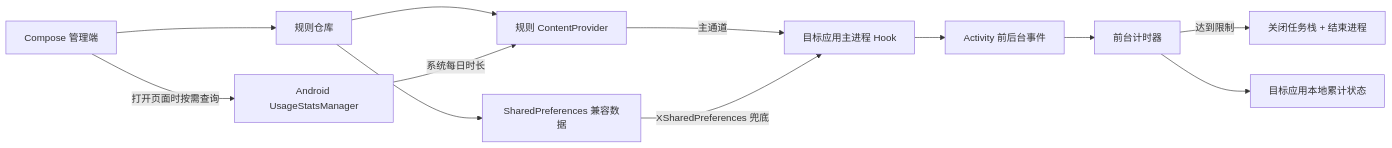
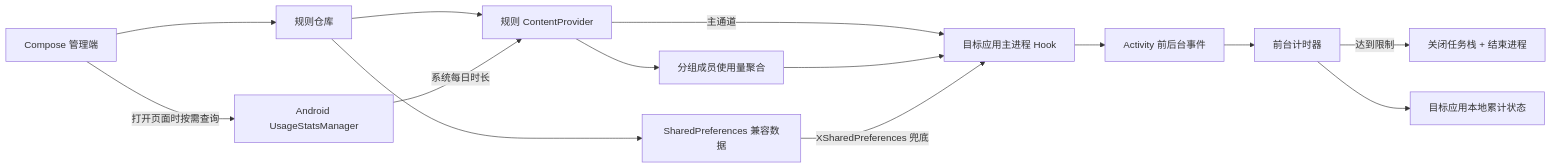
The second of 2 diagrams in README.md (Xposed-Modules-Repo/com.liuml.apptimelimiter), drawn with Mermaid before and after one commit. The commit also changed other lines of this file and 19 other files, not shown here.

````diff
--- a/README.md
+++ b/README.md
@@ -57,14 +196,16 @@
 ```mermaid
 flowchart LR
     UI["Compose 管理端"] --> Repo["规则仓库"]
     Repo --> Provider["规则 ContentProvider"]
     Repo --> Prefs["SharedPreferences 兼容数据"]
     Provider -->|"主通道"| Hook["目标应用主进程 Hook"]
+    Provider --> Group["分组成员使用量聚合"]
+    Group --> Hook
     Prefs -->|"XSharedPreferences 兜底"| Hook
     Hook --> Lifecycle["Activity 前后台事件"]
     Lifecycle --> Timer["前台计时器"]
     Timer -->|"达到限制"| Exit["关闭任务栈 + 结束进程"]
     Timer --> State["目标应用本地累计状态"]
     UI -->|"打开页面时按需查询"| UsageStats["Android UsageStatsManager"]
     UsageStats -->|"系统每日时长"| Provider
 ```
````
